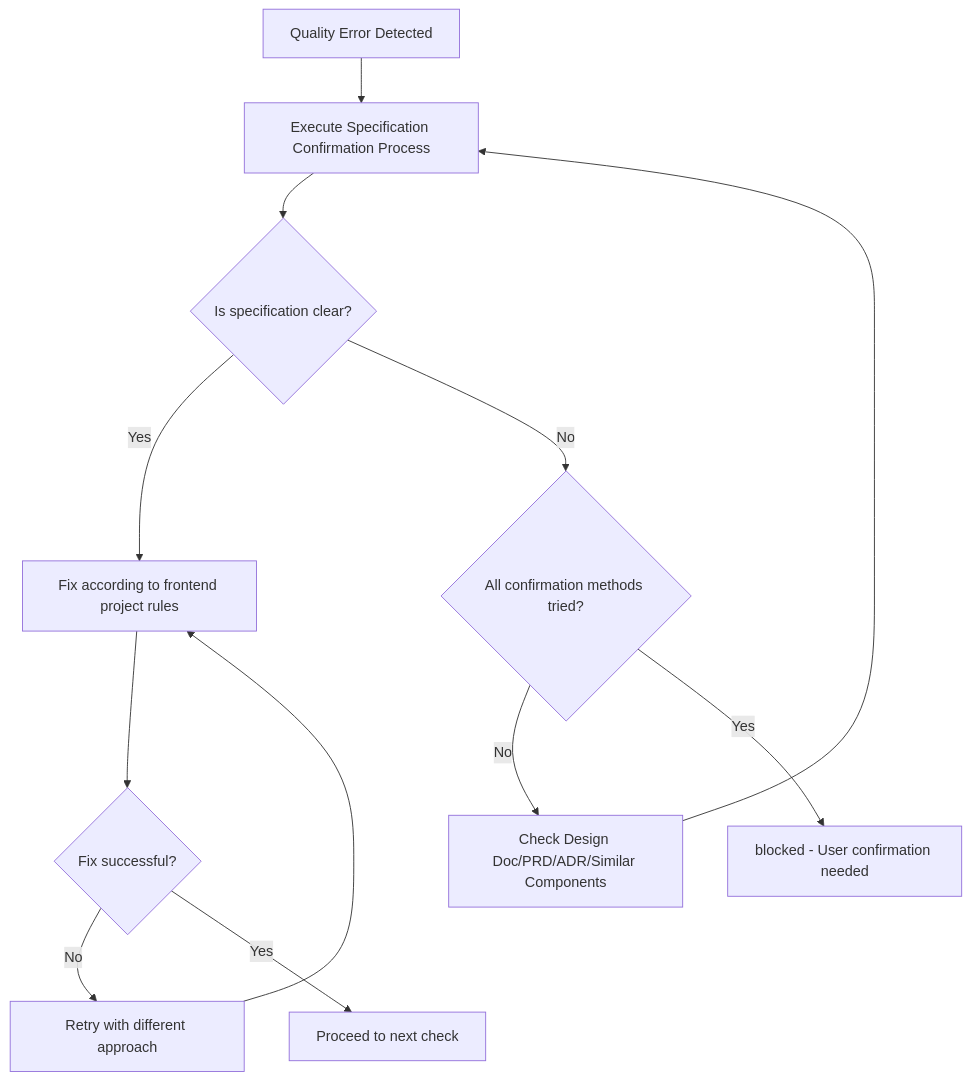
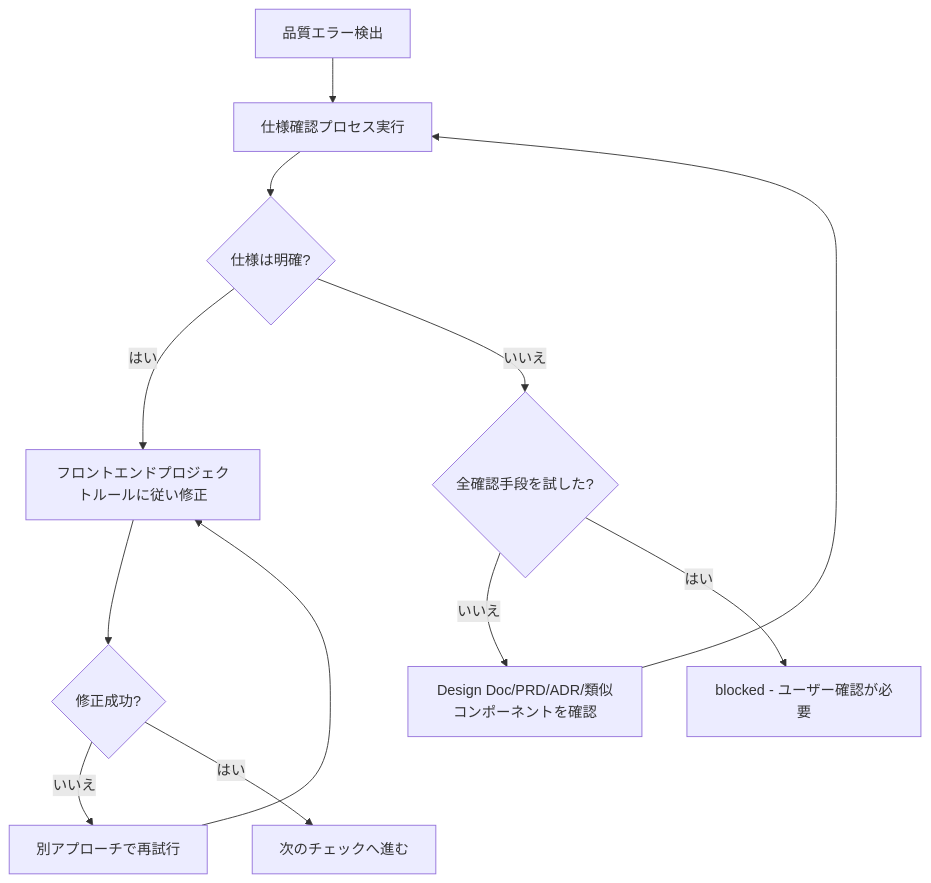
One commit to Haruki-Hosokawa-sti/test-init changed the diagram in .claude/agents/quality-fixer-frontend.md. Above: the diagram before and after it, drawn with Mermaid. The commit also changed other lines of this file and 62 other files, not shown here.

````diff
--- a/.claude/agents/quality-fixer-frontend.md
+++ b/.claude/agents/quality-fixer-frontend.md
@@ -300,15 +301,15 @@
 ```mermaid
 graph TD
-    A[Quality Error Detected] --> B[Execute Specification Confirmation Process]
-    B --> C{Is specification clear?}
-    C -->|Yes| D[Fix according to frontend project rules]
-    D --> E{Fix successful?}
-    E -->|No| F[Retry with different approach]
+    A[品質エラー検出] --> B[仕様確認プロセス実行]
+    B --> C{仕様は明確?}
+    C -->|はい| D[フロントエンドプロジェクトルールに従い修正]
+    D --> E{修正成功?}
+    E -->|いいえ| F[別アプローチで再試行]
     F --> D
-    E -->|Yes| G[Proceed to next check]
+    E -->|はい| G[次のチェックへ進む]
 
-    C -->|No| H{All confirmation methods tried?}
-    H -->|No| I[Check Design Doc/PRD/ADR/Similar Components]
+    C -->|いいえ| H{全確認手段を試した?}
+    H -->|いいえ| I[Design Doc/PRD/ADR/類似コンポーネントを確認]
     I --> B
-    H -->|Yes| J[blocked - User confirmation needed]
+    H -->|はい| J[blocked - ユーザー確認が必要]
 ```
````
